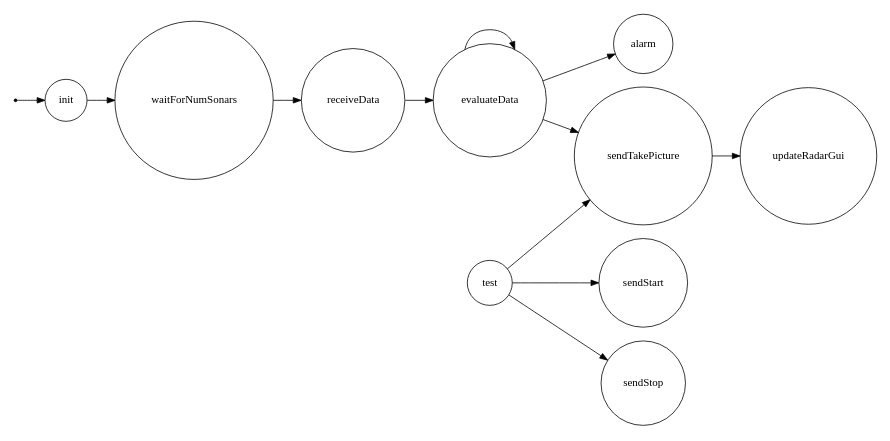
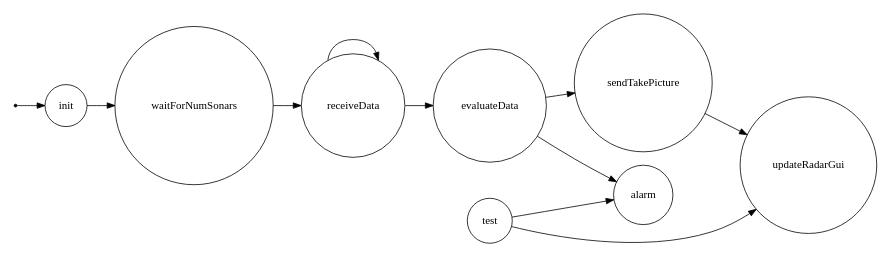
Before and after one commit to piercosta/mengoli: the diagram in srcMore/it/unibo/logic_controller/dotFsm.gv, drawn with Graphviz. The commit also changed 27 other files, not shown here.

```diff
--- a/srcMore/it/unibo/logic_controller/dotFsm.gv
+++ b/srcMore/it/unibo/logic_controller/dotFsm.gv
@@ -1,34 +1,33 @@
 /*
 *
 * A GraphViz DOT FSM description 
 * Please use a GraphViz visualizer (like http://www.webgraphviz.com)
 * 
 * Generated by AM,NC,RM
 *  
 */
  
 digraph finite_state_machine {
   	rankdir=LR;
   	size="8,5"
   	node [shape = point]; iniziale;
   	node [shape = doublecircle]; 
   	node [shape = circle];
   	iniziale -> init [label = ""];
   	
   	
   	init -> waitForNumSonars [ label = ""];
   	
   	waitForNumSonars -> receiveData [ label = ""];
   	
   	receiveData -> evaluateData [ label = ""];
+  	receiveData -> receiveData [ label = ""];
   	
   	evaluateData -> sendTakePicture [ label = ""];
   	evaluateData -> alarm [ label = ""];
-  	evaluateData -> evaluateData [ label = ""];
   	
-  	test -> sendStart [ label = ""];
-  	test -> sendTakePicture [ label = ""];
-  	test -> sendStop [ label = ""];
+  	test -> updateRadarGui [ label = ""];
+  	test -> alarm [ label = ""];
   	
   	sendTakePicture -> updateRadarGui [ label = ""];
 }
```
